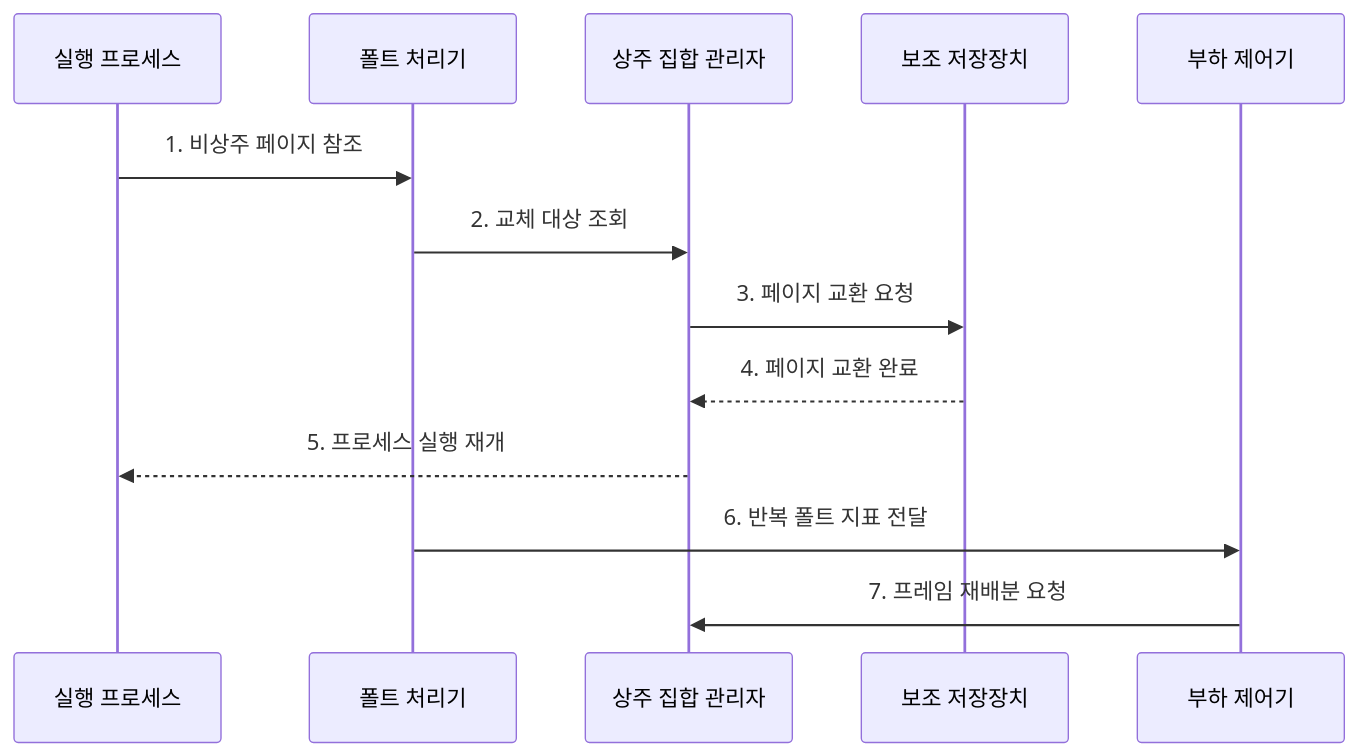
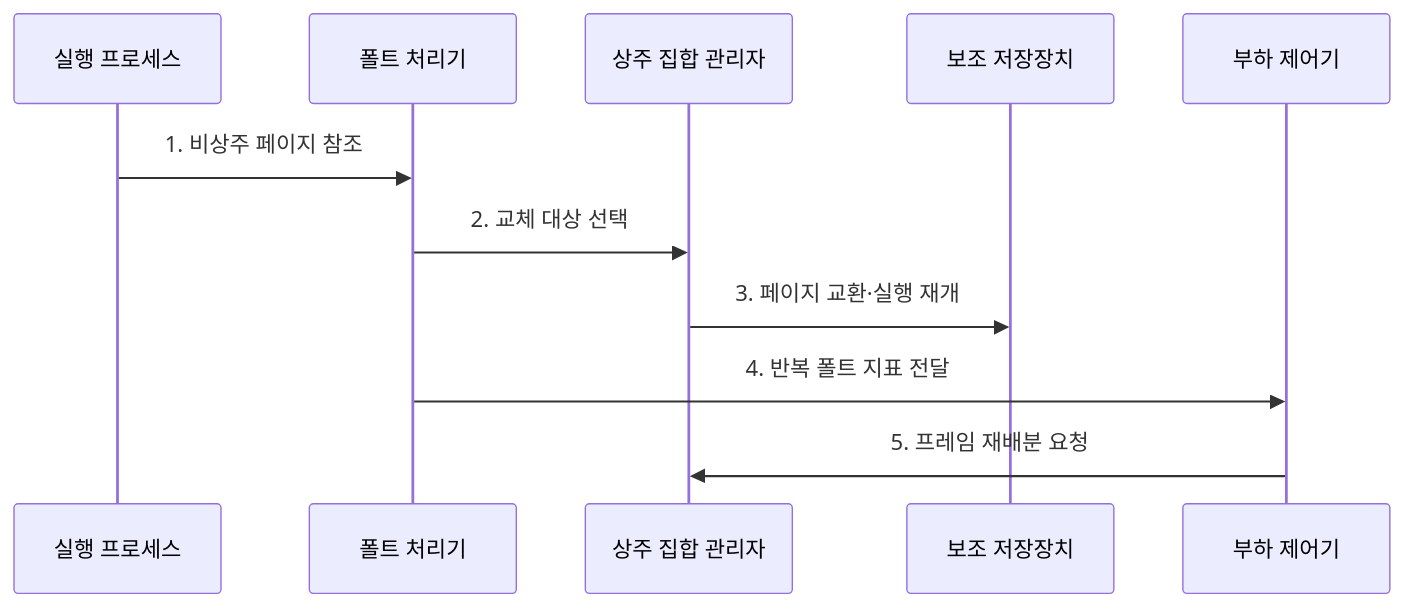
The second of 2 diagrams in src/content/docs/notes/03-software/014_virtual_memory_thrashing.md (agnusdei1207/knowledge-base), drawn with Mermaid before and after one commit. The commit also changed other lines of this file and 238 other files, not shown here.

````diff
--- a/src/content/docs/notes/03-software/014_virtual_memory_thrashing.md
+++ b/src/content/docs/notes/03-software/014_virtual_memory_thrashing.md
@@ -89,15 +93,13 @@
 ```mermaid
 sequenceDiagram
     participant P as 실행 프로세스
     participant F as 폴트 처리기
     participant R as 상주 집합 관리자
     participant D as 보조 저장장치
     participant L as 부하 제어기
     P->>F: 1. 비상주 페이지 참조
-    F->>R: 2. 교체 대상 조회
-    R->>D: 3. 페이지 교환 요청
-    D-->>R: 4. 페이지 교환 완료
-    R-->>P: 5. 프로세스 실행 재개
-    F->>L: 6. 반복 폴트 지표 전달
-    L->>R: 7. 프레임 재배분 요청
+    F->>R: 2. 교체 대상 선택
+    R->>D: 3. 페이지 교환·실행 재개
+    F->>L: 4. 반복 폴트 지표 전달
+    L->>R: 5. 프레임 재배분 요청
 ```
````
